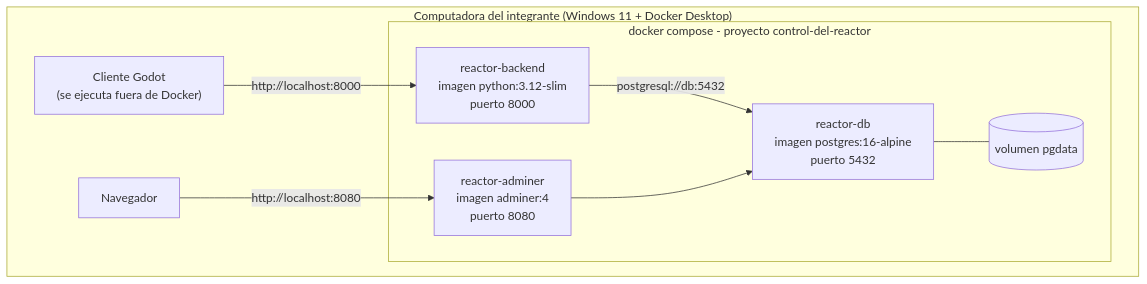
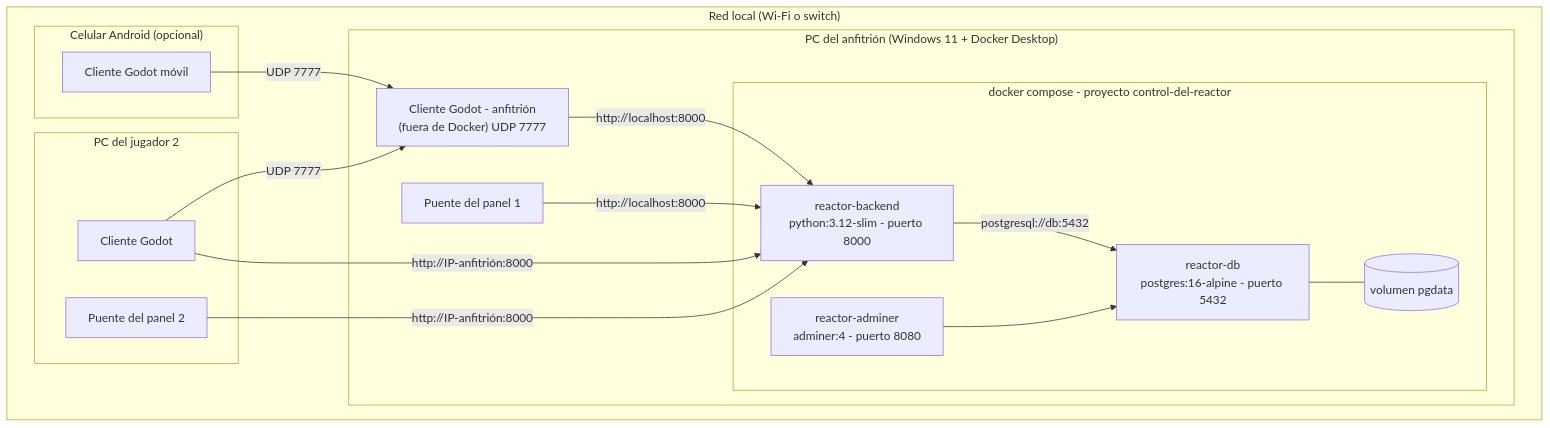
The diagram in docs/arquitectura/03-despliegue.md (Jbarraza5010/control-del-reactor), drawn with Mermaid before and after one commit. The commit also changed other lines of this file and 2 other files, not shown here.

Commit message:
Arquitectura Actualizada
docs(arquitectura): actualizar vistas lógica, de componentes y despliegue del Sprint 3

````diff
--- a/docs/arquitectura/03-despliegue.md
+++ b/docs/arquitectura/03-despliegue.md
@@ -6,20 +6,34 @@
 ```mermaid
 flowchart TB
-  subgraph PC["Computadora del integrante (Windows 11 + Docker Desktop)"]
-    GODOT["Cliente Godot<br/>(se ejecuta fuera de Docker)"]
-    BROWSER["Navegador"]
+  subgraph LAN["Red local (Wi-Fi o switch)"]
+    subgraph PCA["PC del anfitrión (Windows 11 + Docker Desktop)"]
+      GODA["Cliente Godot - anfitrión<br/>(fuera de Docker) UDP 7777"]
+      BRA["Puente del panel 1"]
+      subgraph COMPOSE["docker compose - proyecto control-del-reactor"]
+        BACK["reactor-backend<br/>python:3.12-slim - puerto 8000"]
+        DBC["reactor-db<br/>postgres:16-alpine - puerto 5432"]
+        ADM["reactor-adminer<br/>adminer:4 - puerto 8080"]
+        VOL[("volumen pgdata")]
+      end
+    end
 
-    subgraph COMPOSE["docker compose  -  proyecto control-del-reactor"]
-      BACK["reactor-backend<br/>imagen python:3.12-slim<br/>puerto 8000"]
-      DBC["reactor-db<br/>imagen postgres:16-alpine<br/>puerto 5432"]
-      ADM["reactor-adminer<br/>imagen adminer:4<br/>puerto 8080"]
-      VOL[("volumen pgdata")]
+    subgraph PCB["PC del jugador 2"]
+      GODB["Cliente Godot"]
+      BRB["Puente del panel 2"]
+    end
+
+    subgraph MOV["Celular Android (opcional)"]
+      GODM["Cliente Godot móvil"]
     end
   end
 
-  GODOT -->|"http://localhost:8000"| BACK
-  BROWSER -->|"http://localhost:8080"| ADM
+  GODB -->|"UDP 7777"| GODA
+  GODM -->|"UDP 7777"| GODA
+  GODA -->|"http://localhost:8000"| BACK
+  BRA -->|"http://localhost:8000"| BACK
+  BRB -->|"http://IP-anfitrión:8000"| BACK
+  GODB -->|"http://IP-anfitrión:8000"| BACK
   BACK -->|"postgresql://db:5432"| DBC
   ADM --> DBC
   DBC --- VOL
 ```
````
